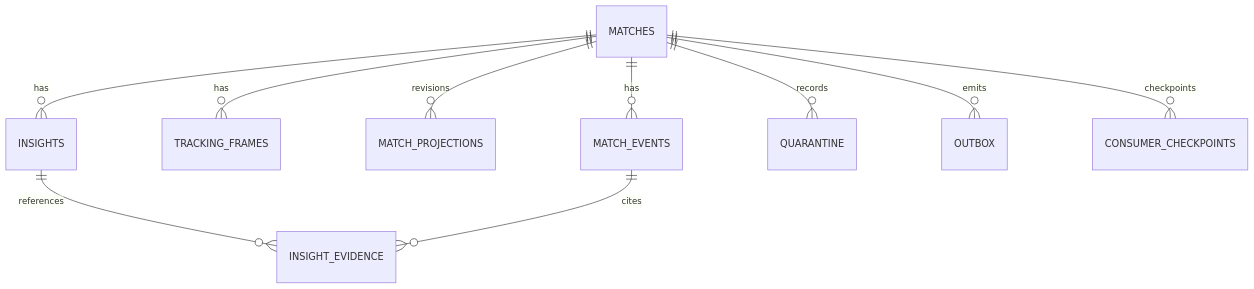
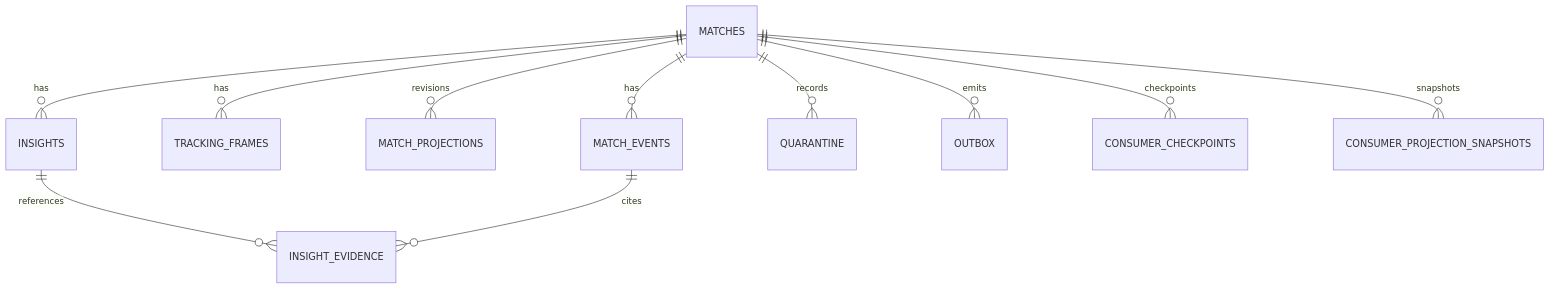
The third of 3 diagrams in docs/architecture/07-football-analytics-detailed-lld.md (prateekgangopadhyay/PitchMind), drawn with Mermaid before and after one commit. The commit also changed other lines of this file and 22 other files, not shown here.

````diff
--- a/docs/architecture/07-football-analytics-detailed-lld.md
+++ b/docs/architecture/07-football-analytics-detailed-lld.md
@@ -135,12 +135,13 @@
 ```mermaid
 erDiagram
   MATCHES ||--o{ MATCH_EVENTS : has
   MATCHES ||--o{ TRACKING_FRAMES : has
   MATCHES ||--o{ MATCH_PROJECTIONS : revisions
   MATCHES ||--o{ INSIGHTS : has
   INSIGHTS ||--o{ INSIGHT_EVIDENCE : references
   MATCH_EVENTS ||--o{ INSIGHT_EVIDENCE : cites
   MATCHES ||--o{ QUARANTINE : records
   MATCHES ||--o{ OUTBOX : emits
   MATCHES ||--o{ CONSUMER_CHECKPOINTS : checkpoints
+  MATCHES ||--o{ CONSUMER_PROJECTION_SNAPSHOTS : snapshots
 ```
````
